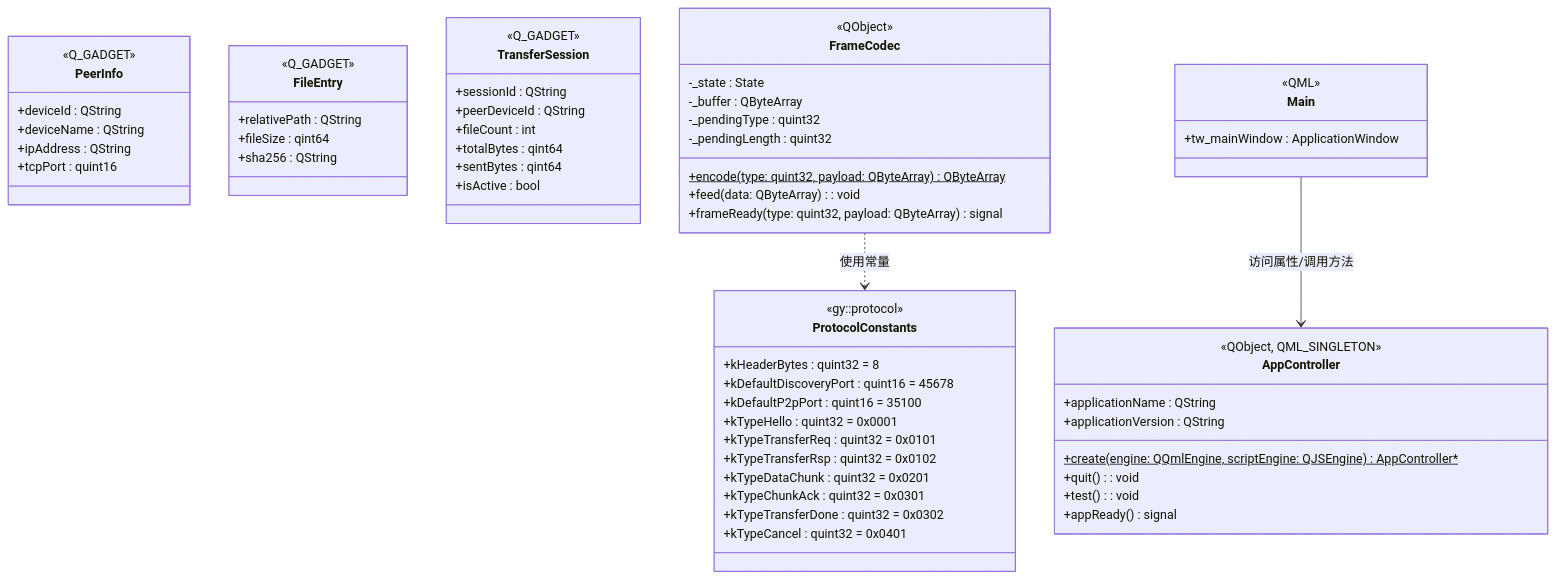
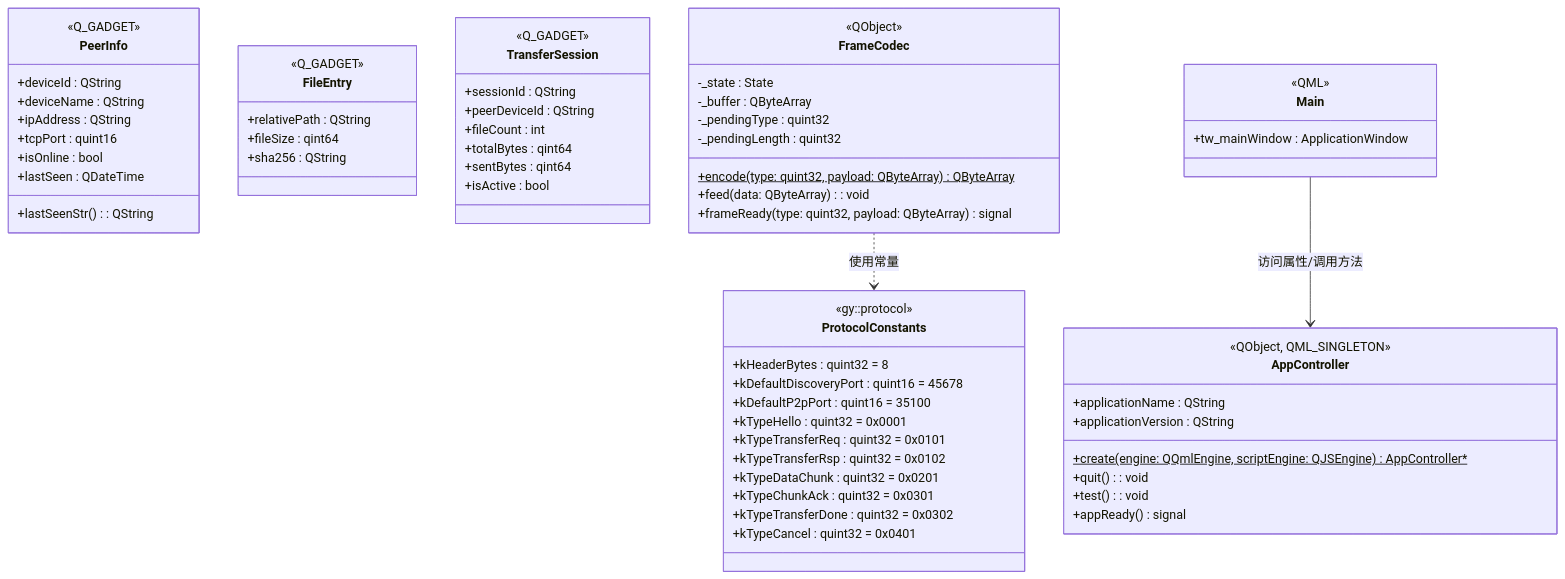
The diagram in doc/diagrams/class-diagram.md (Gsheep0729/GridYard), drawn with Mermaid before and after one commit. The commit also changed 1 other file, not shown here.

Commit message:
Stage2准备：PeerInfo补充isOnline/lastSeen字段

````diff
--- a/doc/diagrams/class-diagram.md
+++ b/doc/diagrams/class-diagram.md
@@ -3,73 +3,76 @@
 ```mermaid
 classDiagram
     %% 共享层（shared/）
     class ProtocolConstants {
         <<gy::protocol>>
         +kHeaderBytes : quint32 = 8
         +kDefaultDiscoveryPort : quint16 = 45678
         +kDefaultP2pPort : quint16 = 35100
         +kTypeHello : quint32 = 0x0001
         +kTypeTransferReq : quint32 = 0x0101
         +kTypeTransferRsp : quint32 = 0x0102
         +kTypeDataChunk : quint32 = 0x0201
         +kTypeChunkAck : quint32 = 0x0301
         +kTypeTransferDone : quint32 = 0x0302
         +kTypeCancel : quint32 = 0x0401
     }
 
     class PeerInfo {
         <<Q_GADGET>>
         +deviceId : QString
         +deviceName : QString
         +ipAddress : QString
         +tcpPort : quint16
+        +isOnline : bool
+        +lastSeen : QDateTime
+        +lastSeenStr() : QString
     }
 
     class FileEntry {
         <<Q_GADGET>>
         +relativePath : QString
         +fileSize : qint64
         +sha256 : QString
     }
 
     class TransferSession {
         <<Q_GADGET>>
         +sessionId : QString
         +peerDeviceId : QString
         +fileCount : int
         +totalBytes : qint64
         +sentBytes : qint64
         +isActive : bool
     }
 
     class FrameCodec {
         <<QObject>>
         -_state : State
         -_buffer : QByteArray
         -_pendingType : quint32
         -_pendingLength : quint32
         +encode(type: quint32, payload: QByteArray)$ QByteArray
         +feed(data: QByteArray) : void
         +frameReady(type: quint32, payload: QByteArray) signal
     }
 
     %% 客户端层（client/）
     class AppController {
         <<QObject, QML_SINGLETON>>
         +applicationName : QString
         +applicationVersion : QString
         +create(engine: QQmlEngine, scriptEngine: QJSEngine)$ AppController*
         +quit() : void
         +test() : void
         +appReady() signal
     }
 
     class Main {
         <<QML>>
         +tw_mainWindow : ApplicationWindow
     }
 
     %% 关系
     FrameCodec ..> ProtocolConstants : 使用常量
     Main --> AppController : 访问属性/调用方法
 ```
````
